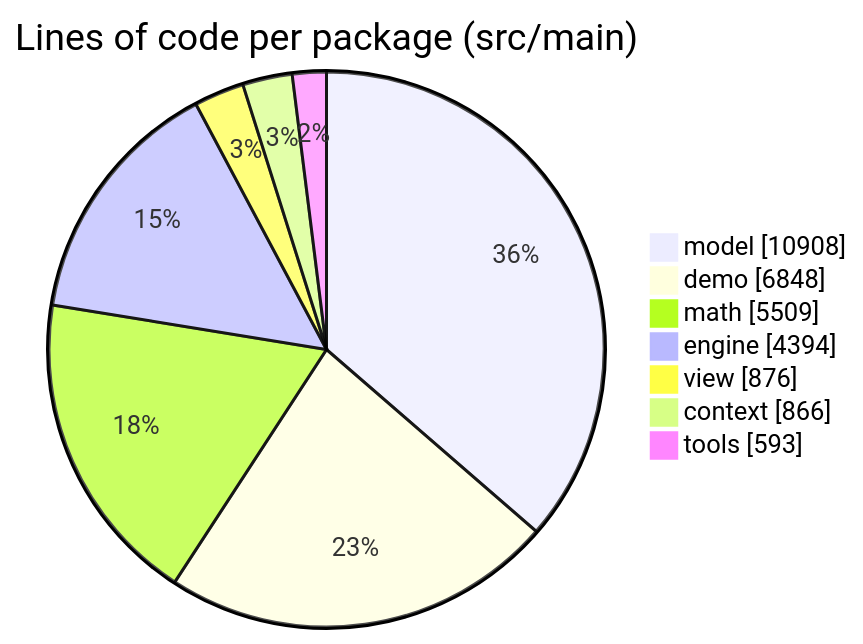
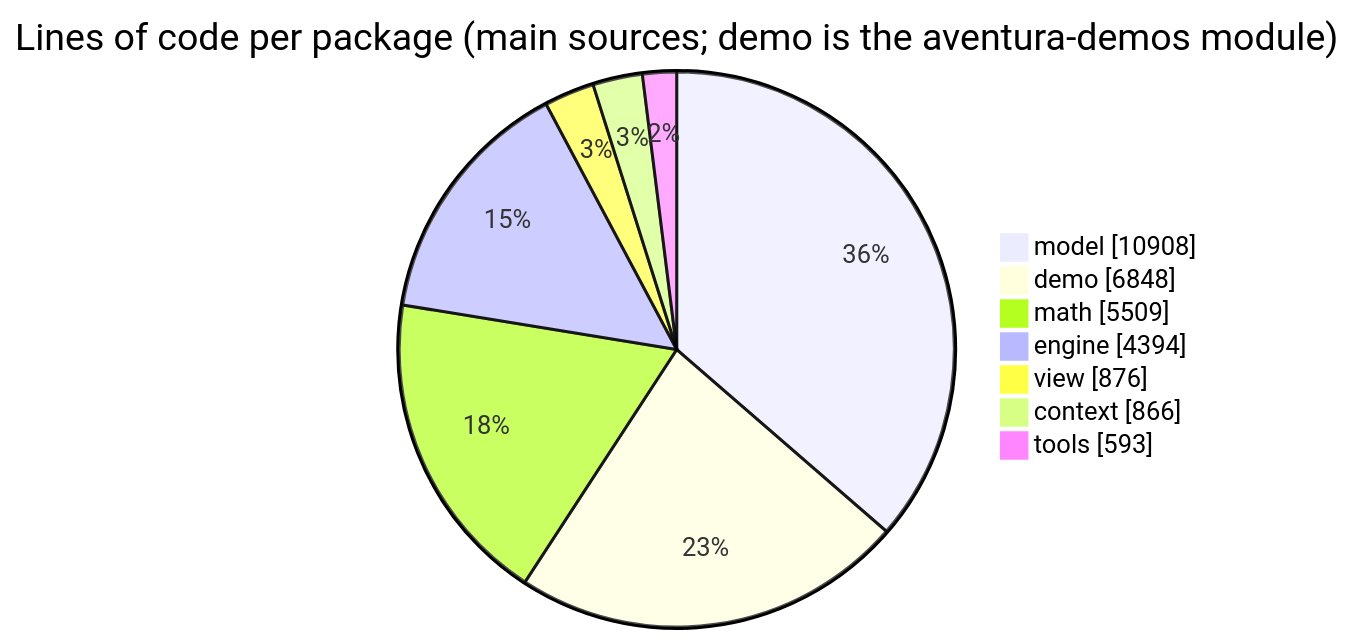
The third of 22 diagrams in docs/DESIGN.md (obarry/Aventura), drawn with Mermaid before and after one commit. The commit also changed other lines of this file and 457 other files, not shown here.

````diff
--- a/docs/DESIGN.md
+++ b/docs/DESIGN.md
@@ -98,11 +98,11 @@
 ```mermaid
 pie showData
-    title Lines of code per package (src/main)
+    title Lines of code per package (main sources; demo is the aventura-demos module)
     "model" : 10908
     "demo" : 6848
     "math" : 5509
     "engine" : 4394
     "view" : 876
     "context" : 866
     "tools" : 593
 ```
````
